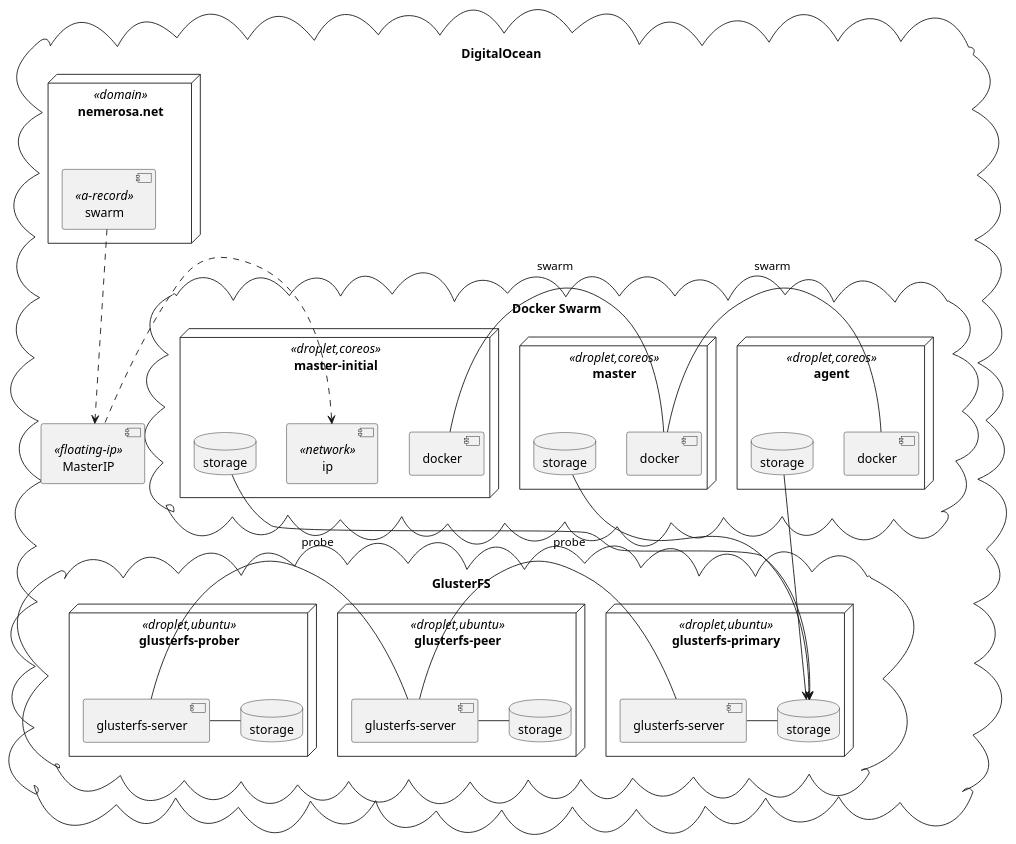
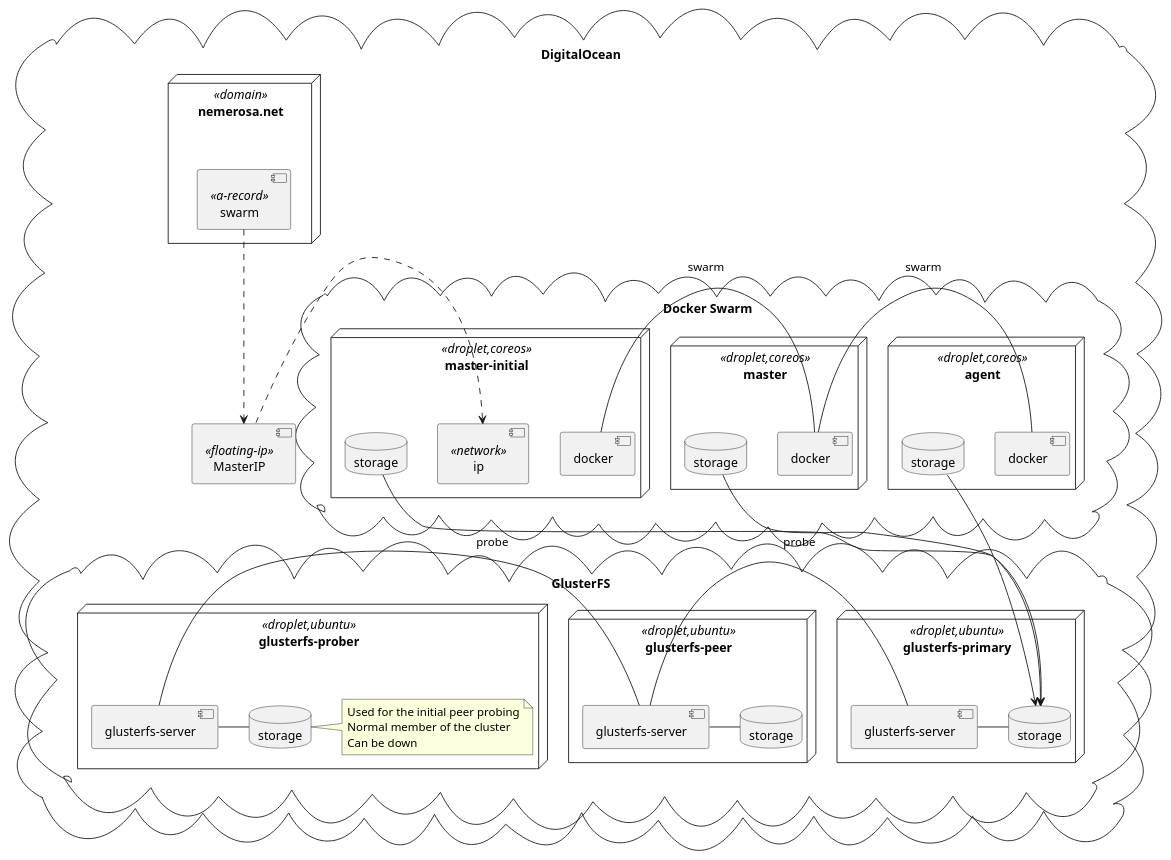
The diagram in src/docs/asciidoc/components.puml (dcoraboeuf/do-swarm), drawn with PlantUML before and after one commit.

Commit message:
GlusterFS

```diff
--- a/src/docs/asciidoc/components.puml
+++ b/src/docs/asciidoc/components.puml
@@ -1,67 +1,72 @@
 @startuml
 cloud "DigitalOcean" {
 
     cloud "Docker Swarm" {
 
         node "master-initial" <<droplet,coreos>> {
             component "ip" <<network>> as MasterIP
             component "docker" as MasterDocker
             database "storage" as MasterStorage
         }
 
         node "master" <<droplet,coreos>> {
             component "docker" as MasterSecondaryDocker
             database "storage" as MasterSecondaryStorage
         }
 
         node "agent" <<droplet,coreos>> {
             component "docker" as AgentDocker
             database "storage" as AgentStorage
         }
 
     }
 
     component "MasterIP" <<floating-ip>> as MasterFloatingIP
 
     node "nemerosa.net" <<domain>> {
         component "swarm" <<a-record>> as SwarmDNS
     }
 
     cloud "GlusterFS" {
 
         node "glusterfs-primary" <<droplet,ubuntu>> {
             component "glusterfs-server" as GlusterFSServerPrimary
             database "storage" as GlusterFSStoragePrimary
         }
 
         node "glusterfs-peer" <<droplet,ubuntu>> {
             component "glusterfs-server" as GlusterFSServerPeer
             database "storage" as GlusterFSStoragePeer
         }
 
         node "glusterfs-prober" <<droplet,ubuntu>> {
             component "glusterfs-server" as GlusterFSServerProber
             database "storage" as GlusterFSStorageProber
+            note right
+                Used for the initial peer probing
+                Normal member of the cluster
+                Can be down
+            end note
         }
 
     }
 
 }
 
 GlusterFSServerPrimary -right- GlusterFSServerPeer: probe
 GlusterFSServerPeer -right- GlusterFSServerProber: probe
 
 GlusterFSServerPrimary -right- GlusterFSStoragePrimary
 GlusterFSServerPeer -right- GlusterFSStoragePeer
 GlusterFSServerProber -right- GlusterFSStorageProber
 
 MasterDocker -right- MasterSecondaryDocker:swarm
 MasterSecondaryDocker -right- AgentDocker:swarm
 
 MasterStorage --> GlusterFSStoragePrimary
 MasterSecondaryStorage --> GlusterFSStoragePrimary
 AgentStorage --> GlusterFSStoragePrimary
 
 MasterFloatingIP .left.> MasterIP
 SwarmDNS .down.> MasterFloatingIP
 @enduml
```
